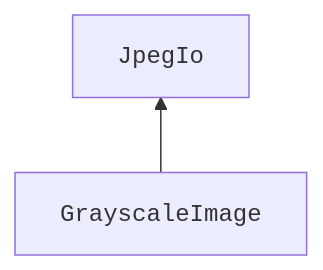
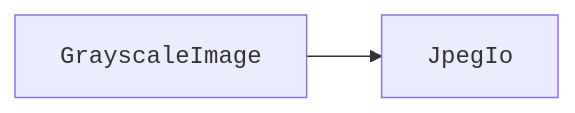
Before and after one commit to cpp-for-yourself/lectures-and-homeworks: the fourth of 6 diagrams in lectures/inheritance.md, drawn with Mermaid. The commit also changed other lines of this file, not shown here.

````diff
--- a/lectures/inheritance.md
+++ b/lectures/inheritance.md
@@ -70,4 +109,4 @@
 ```mermaid
-graph BT
+graph LR
   A[<code>GrayscaleImage</code>] --> B[<code>JpegIo</code>]
 ```
````
